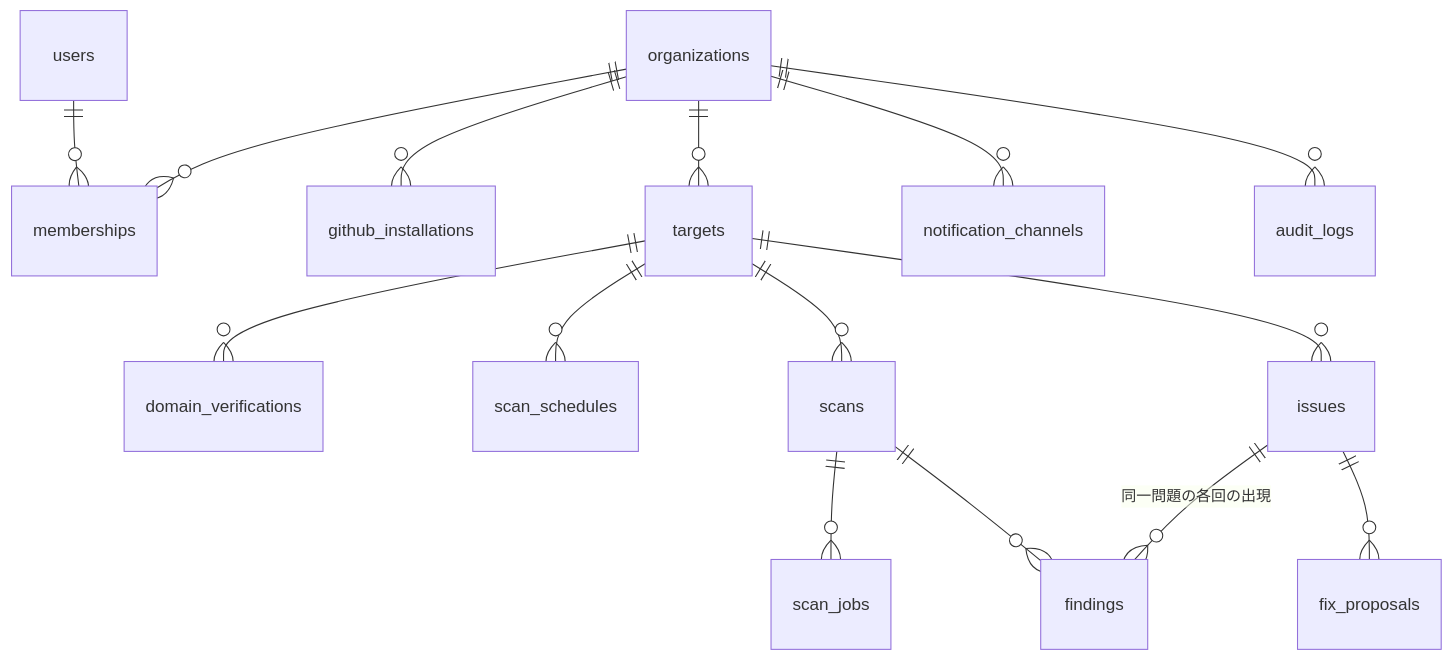
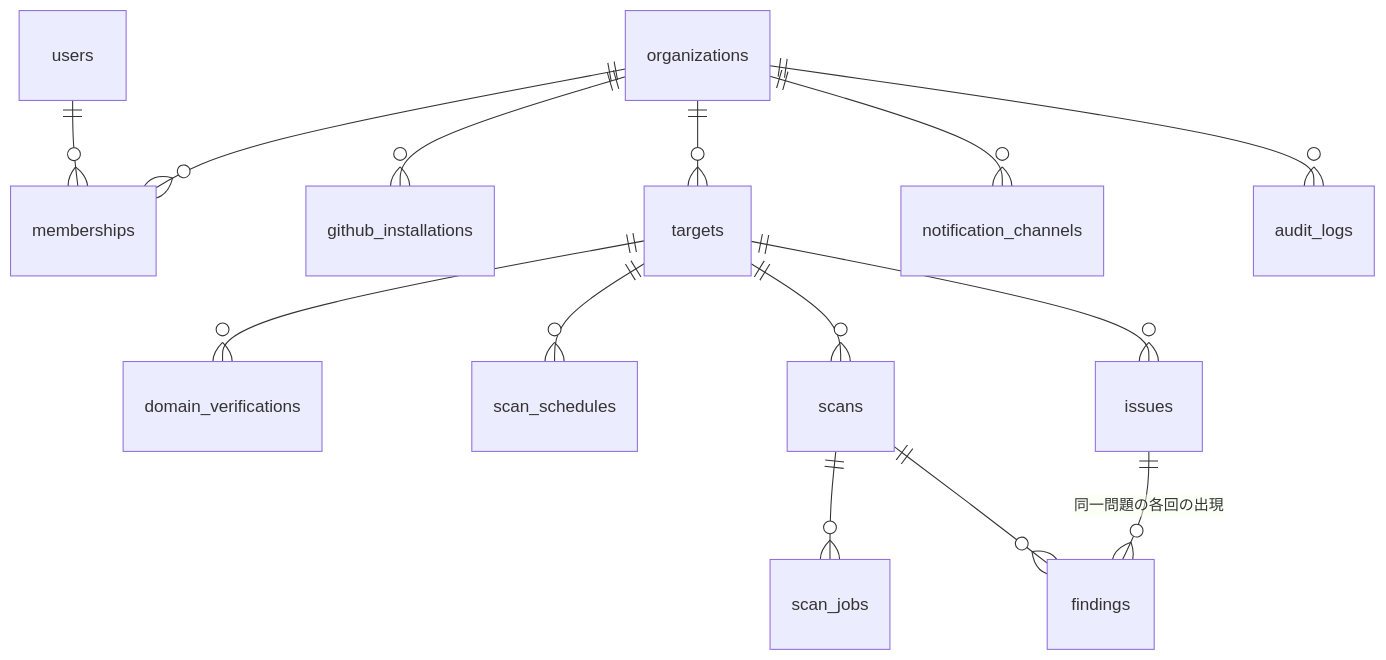
Before and after one commit to Takzin1/AEGIS-ARC: the second of 2 diagrams in docs/DESIGN.md, drawn with Mermaid. The commit also changed other lines of this file and 49 other files, not shown here.

````diff
--- a/docs/DESIGN.md
+++ b/docs/DESIGN.md
@@ -79,17 +94,16 @@
 ```mermaid
 erDiagram
   users ||--o{ memberships : ""
   organizations ||--o{ memberships : ""
   organizations ||--o{ github_installations : ""
   organizations ||--o{ targets : ""
   targets ||--o{ domain_verifications : ""
   targets ||--o{ scan_schedules : ""
   targets ||--o{ scans : ""
   scans ||--o{ scan_jobs : ""
   scans ||--o{ findings : ""
   issues ||--o{ findings : "同一問題の各回の出現"
   targets ||--o{ issues : ""
-  issues ||--o{ fix_proposals : ""
   organizations ||--o{ notification_channels : ""
   organizations ||--o{ audit_logs : ""
 ```
````
